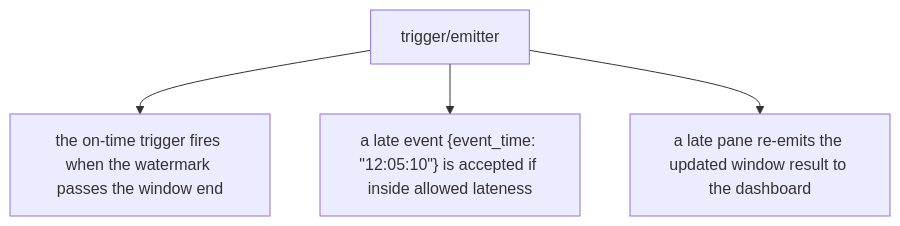
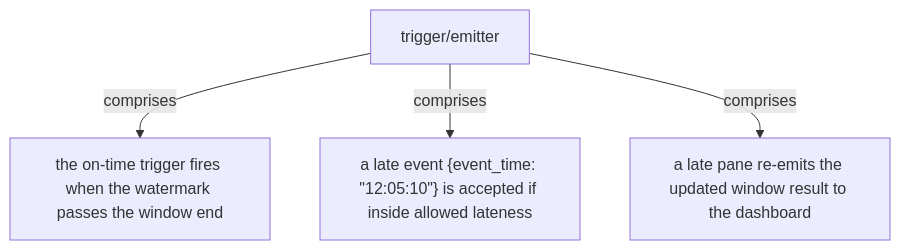
Before and after one commit to vinayakuber/streaming-systems-study-guide: the seventh of 19 diagrams in docs/ch03-watermarks.md, drawn with Mermaid. The commit also changed other lines of this file and 22 other files, not shown here.

First line of the commit message:
R18: label every diagram arrow with its meaning

````diff
--- a/docs/ch03-watermarks.md
+++ b/docs/ch03-watermarks.md
@@ -185,7 +185,7 @@
 ```mermaid
 flowchart TD
   R["trigger/emitter"]
-  R --> P0["the on-time trigger fires when the watermark passes the window end"]
-  R --> P1["a late event {event_time: #quot;12:05:10#quot;} is accepted if inside allowed lateness"]
-  R --> P2["a late pane re-emits the updated window result to the dashboard"]
+  R -->|"comprises"| P0["the on-time trigger fires when the watermark passes the window end"]
+  R -->|"comprises"| P1["a late event {event_time: #quot;12:05:10#quot;} is accepted if inside allowed lateness"]
+  R -->|"comprises"| P2["a late pane re-emits the updated window result to the dashboard"]
 ```
````
